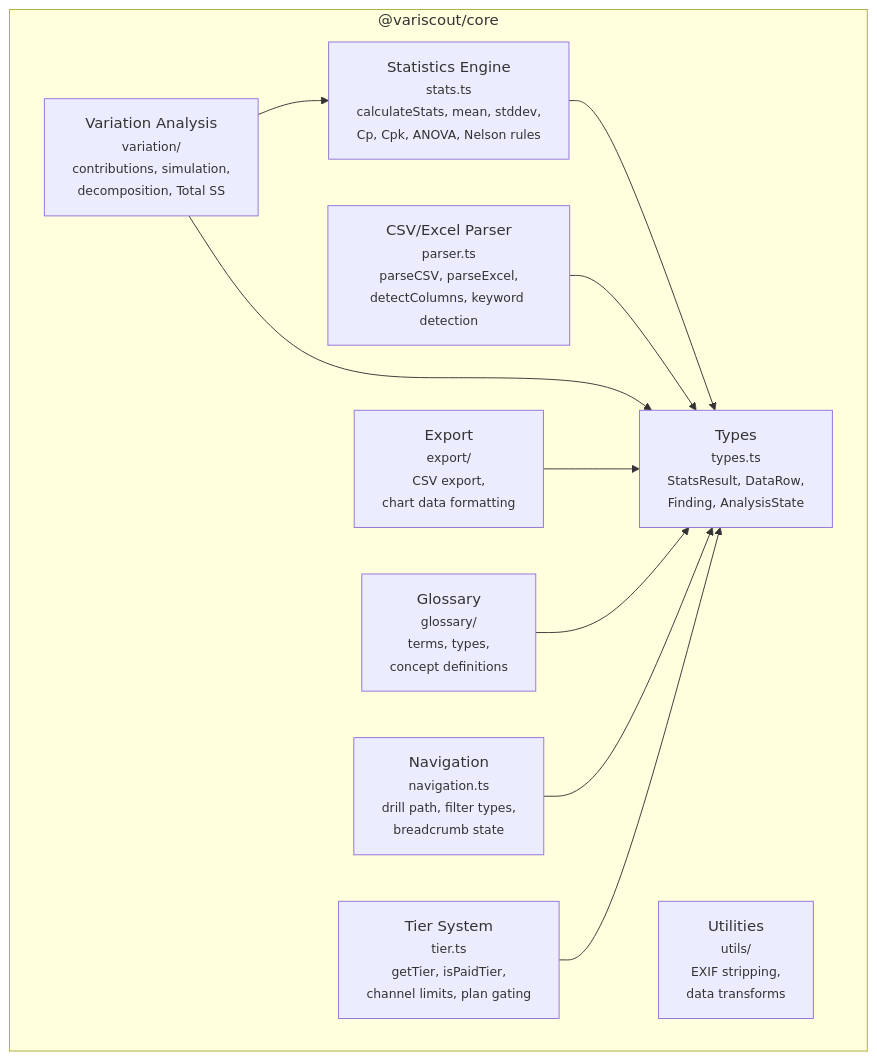
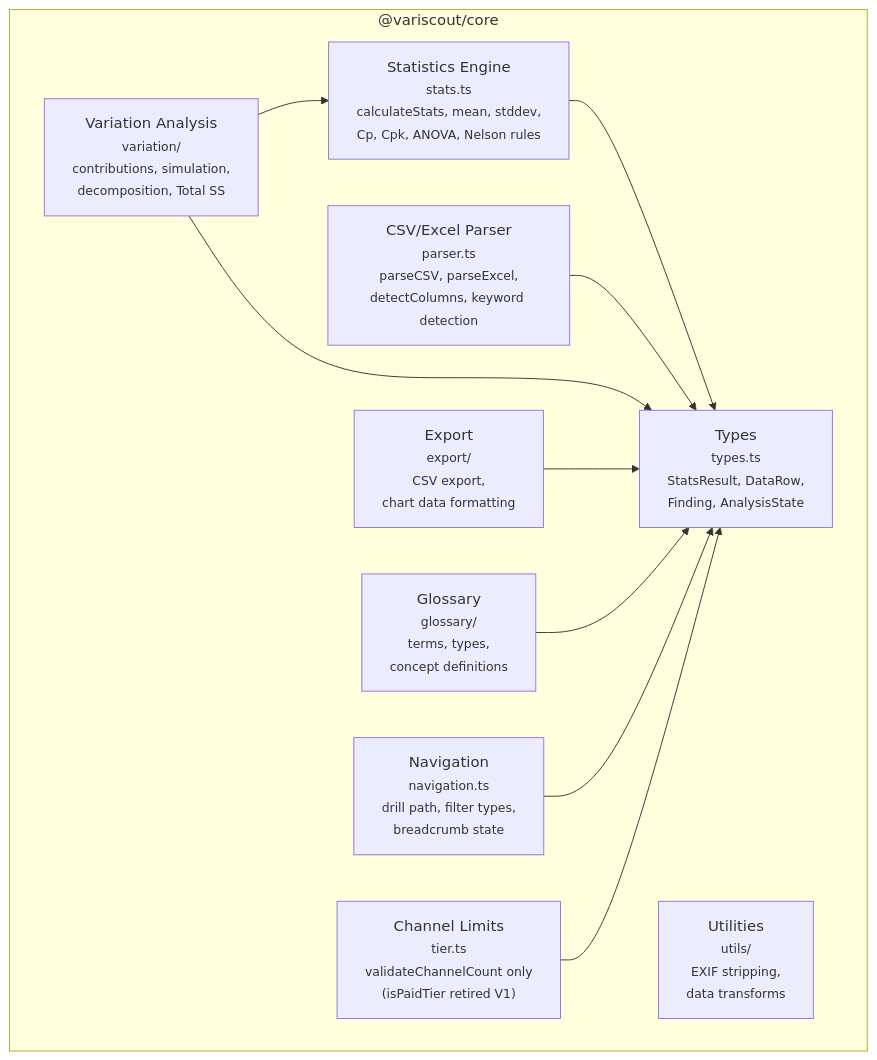
Before and after one commit to jukka-matti/variscout: the second of 8 diagrams in docs/05-technical/architecture/component-map.md, drawn with Mermaid. The commit also changed other lines of this file and 9 other files, not shown here.

First line of the commit message:
docs(wedge): batch B — retired tier-gating symbols + amendment markers

````diff
--- a/docs/05-technical/architecture/component-map.md
+++ b/docs/05-technical/architecture/component-map.md
@@ -93,23 +93,23 @@
 ```mermaid
 flowchart TB
     subgraph core["@variscout/core"]
         stats["Statistics Engine<br/><small>stats.ts</small><br/><small>calculateStats, mean, stddev,<br/>Cp, Cpk, ANOVA, Nelson rules</small>"]
         parser["CSV/Excel Parser<br/><small>parser.ts</small><br/><small>parseCSV, parseExcel,<br/>detectColumns, keyword detection</small>"]
-        tier["Tier System<br/><small>tier.ts</small><br/><small>getTier, isPaidTier,<br/>channel limits, plan gating</small>"]
+        tier["Channel Limits<br/><small>tier.ts</small><br/><small>validateChannelCount only<br/>(isPaidTier retired V1)</small>"]
         nav["Navigation<br/><small>navigation.ts</small><br/><small>drill path, filter types,<br/>breadcrumb state</small>"]
         types["Types<br/><small>types.ts</small><br/><small>StatsResult, DataRow,<br/>Finding, AnalysisState</small>"]
         variation["Variation Analysis<br/><small>variation/</small><br/><small>contributions, simulation,<br/>decomposition, Total SS</small>"]
         glossary["Glossary<br/><small>glossary/</small><br/><small>terms, types,<br/>concept definitions</small>"]
         export["Export<br/><small>export/</small><br/><small>CSV export,<br/>chart data formatting</small>"]
         utils["Utilities<br/><small>utils/</small><br/><small>EXIF stripping,<br/>data transforms</small>"]
     end
 
     stats --> types
     parser --> types
     variation --> stats
     variation --> types
     export --> types
     glossary --> types
     nav --> types
     tier --> types
 ```
````
